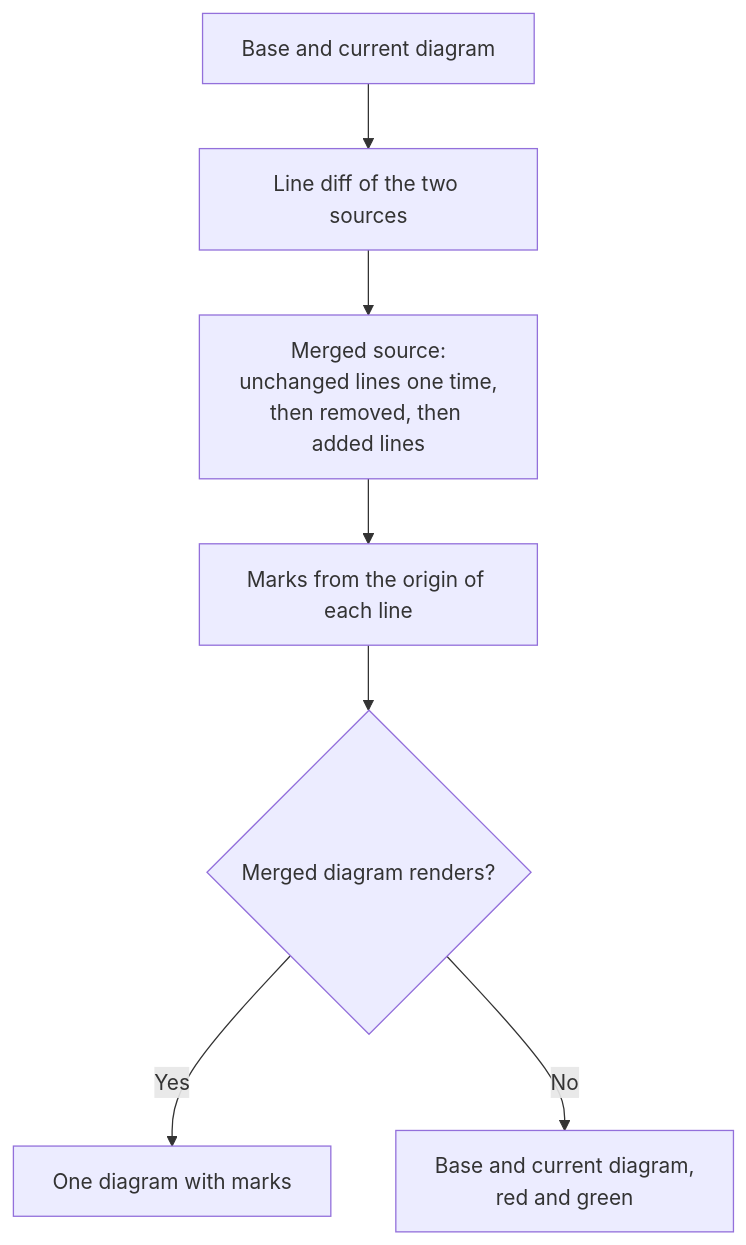
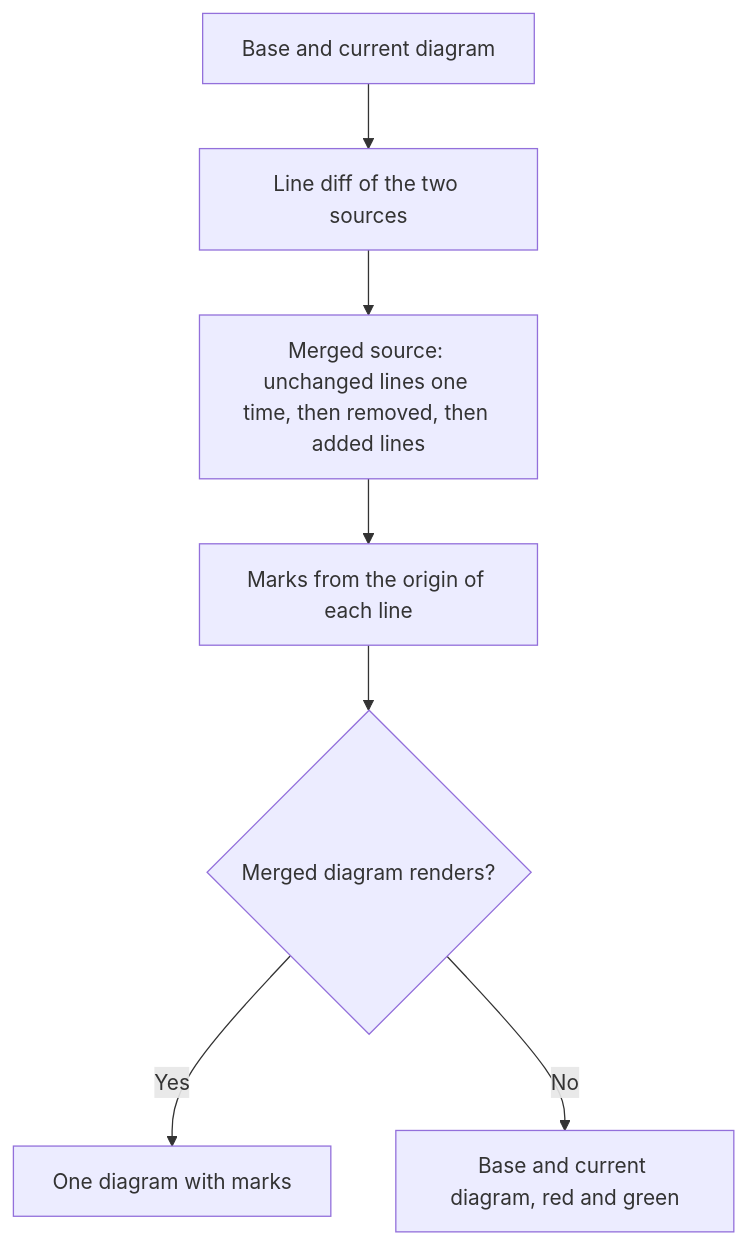
One commit to benrosenblum/docs-viewer changed the first of 2 diagrams in docs/GIT-DIFF.md. Above: the diagram before and after it, drawn with Mermaid. The commit also changed other lines of this file, not shown here.

Commit message:
(docs) Name the limits of the merged diagram diff

````diff
--- a/docs/GIT-DIFF.md
+++ b/docs/GIT-DIFF.md
@@ -266,9 +265,9 @@
 ```mermaid
 flowchart TD
     A["Base and current diagram"] --> B["Line diff of the two sources"]
-    B --> C["Merged source:<br>unchanged lines one time,<br>then removed, then added lines"]
+    B --> C["Merged source: unchanged lines one time, then removed, then added lines"]
     C --> D["Marks from the origin of each line"]
     D --> E{"Merged diagram renders?"}
     E -->|Yes| F["One diagram with marks"]
-    E -->|No| G["Base and current diagram,<br>red and green"]
+    E -->|No| G["Base and current diagram, red and green"]
 ```
````
